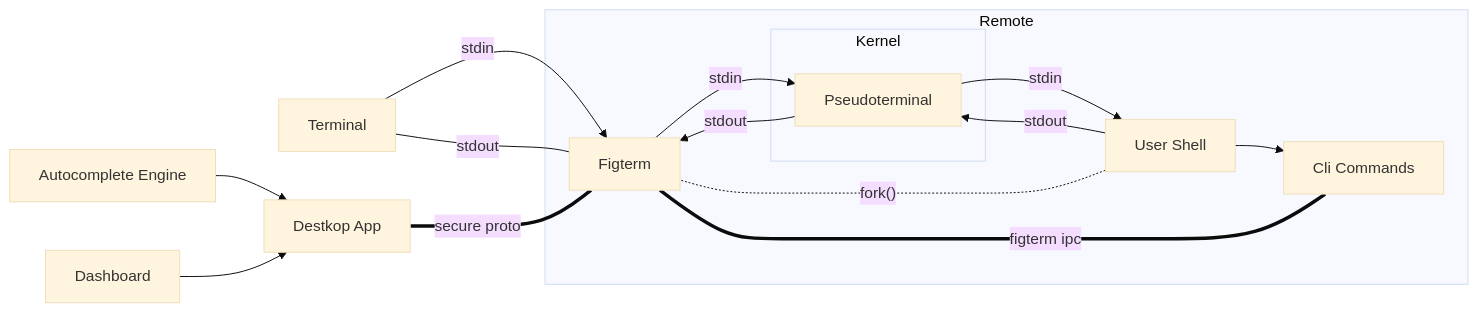
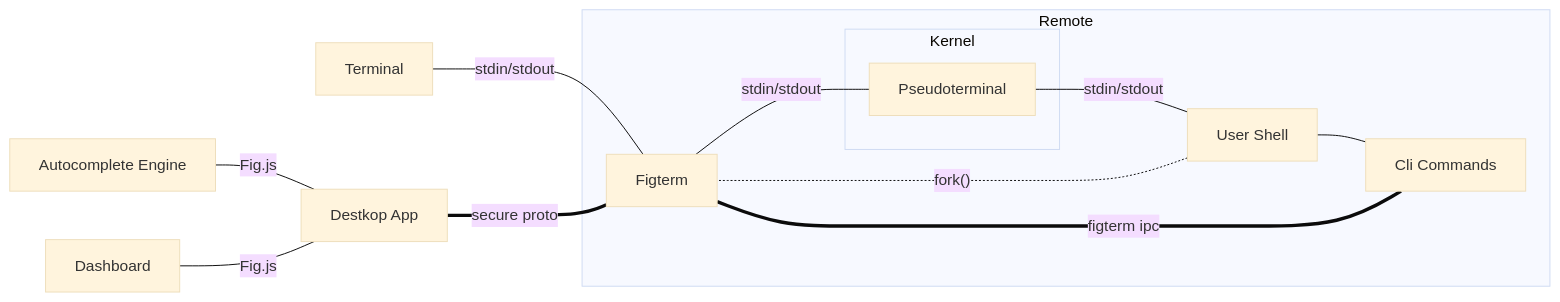
The diagram in README.md (aws/q-cli), drawn with Mermaid (base theme) before and after one commit.

Commit message:
docs: update diagram

````diff
--- a/README.md
+++ b/README.md
@@ -6,39 +6,35 @@
 ```mermaid
 graph LR
     term[Terminal]
     autocomplete[Autocomplete Engine]
     click autocomplete href "https://www.github.com/withfig/autocomplete-engine"
     dashboard[Dashboard]
     click dashboard href "https://www.github.com/withfig/mission-control"
     desktop[Destkop App]
     click desktop href "https://github.com/withfig/macos/tree/HEAD/fig_desktop"
     subgraph Remote
     figterm[Figterm]
     click figterm href "https://github.com/withfig/macos/tree/HEAD/figterm"
     shell[User Shell]
     cli[Cli Commands]
     subgraph Kernel
     pseudo[Pseudoterminal]
     end
     end
 
-    term -->|stdin| figterm
-    term ---|stdout| figterm
+    term -- stdin/stdout --- figterm
 
-    autocomplete --> desktop
-    dashboard --> desktop
+    autocomplete & dashboard -- Fig.js --- desktop
 
-    desktop ===|secure proto| figterm
+    desktop == secure proto === figterm
 
-    figterm -->|stdin| pseudo
-    pseudo -->|stdout| figterm
+    figterm -- stdin/stdout --- pseudo
 
-    pseudo -->|stdin| shell
-    shell -->|stdout| pseudo
+    pseudo -- stdin/stdout --- shell
 
-    shell -.- |"fork()"| figterm
+    shell -.-|"fork()"| figterm
 
-    shell --> cli
+    shell --- cli
 
     cli ===|figterm ipc| figterm
 ```
````
